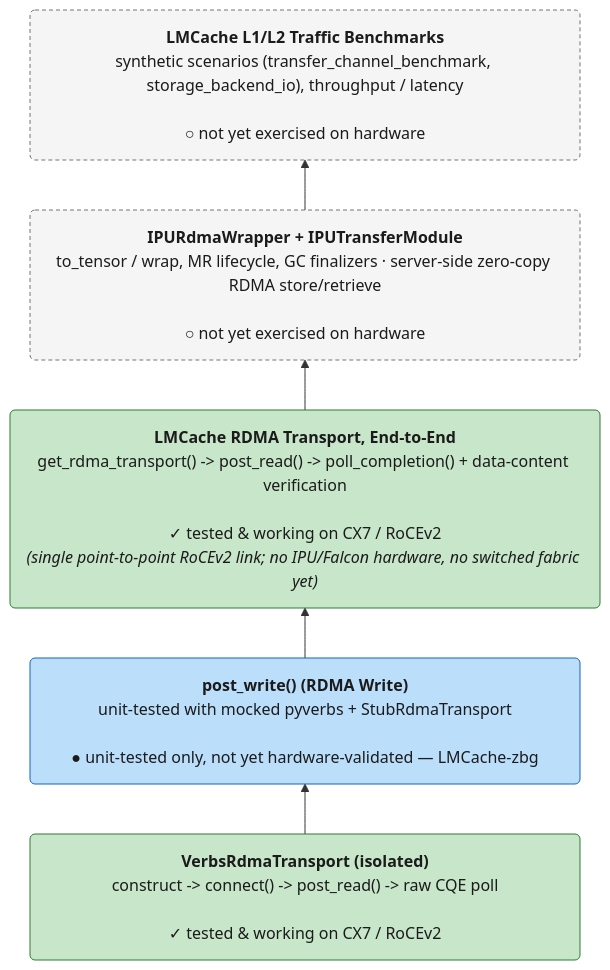
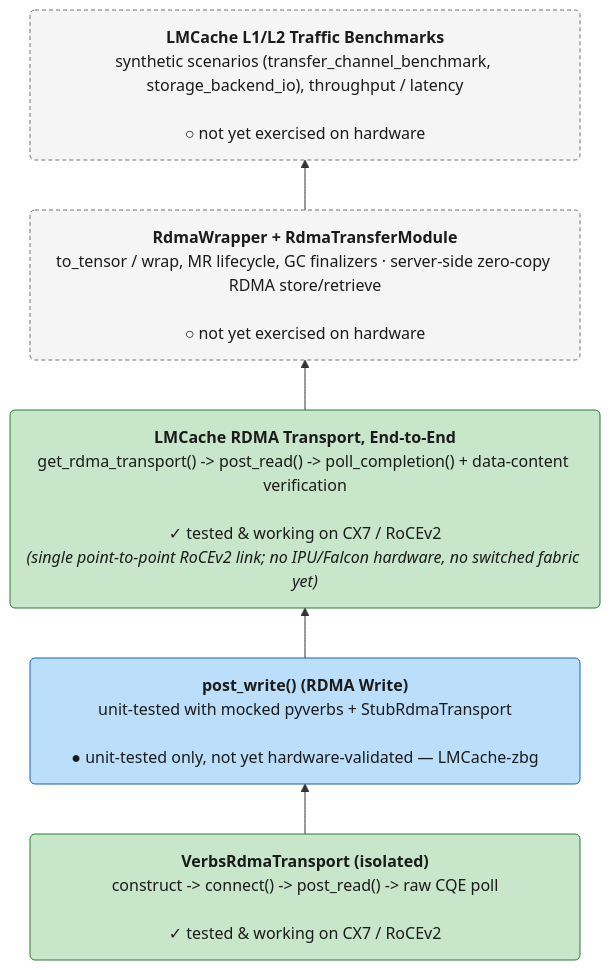
Before and after one commit to tsg-/LMCache: the diagram in docs/design/v1/platform/rdma-validation-stack-right.mmd, drawn with Mermaid. The commit also changed 25 other files, not shown here.

```diff
--- a/docs/design/v1/platform/rdma-validation-stack-right.mmd
+++ b/docs/design/v1/platform/rdma-validation-stack-right.mmd
@@ -1,16 +1,16 @@
 graph BT
     L2("<div style='width:520px'><b>VerbsRdmaTransport (isolated)</b><br/>construct -&gt; connect() -&gt; post_read() -&gt; raw CQE poll<br/><br/>✓ tested &amp; working on CX7 / RoCEv2</div>")
     L2b("<div style='width:520px'><b>post_write() (RDMA Write)</b><br/>unit-tested with mocked pyverbs + StubRdmaTransport<br/><br/>● unit-tested only, not yet hardware-validated &mdash; LMCache-zbg</div>")
     L3("<div style='width:560px'><b>LMCache RDMA Transport, End-to-End</b><br/>get_rdma_transport() -&gt; post_read() -&gt; poll_completion() + data-content verification<br/><br/>✓ tested &amp; working on CX7 / RoCEv2<br/><i>(single point-to-point RoCEv2 link; no IPU/Falcon hardware, no switched fabric yet)</i></div>")
-    L3b("<div style='width:520px'><b>IPURdmaWrapper + IPUTransferModule</b><br/>to_tensor / wrap, MR lifecycle, GC finalizers &middot; server-side zero-copy RDMA store/retrieve<br/><br/>○ not yet exercised on hardware</div>")
+    L3b("<div style='width:520px'><b>RdmaWrapper + RdmaTransferModule</b><br/>to_tensor / wrap, MR lifecycle, GC finalizers &middot; server-side zero-copy RDMA store/retrieve<br/><br/>○ not yet exercised on hardware</div>")
     L4("<div style='width:520px'><b>LMCache L1/L2 Traffic Benchmarks</b><br/>synthetic scenarios (transfer_channel_benchmark, storage_backend_io), throughput / latency<br/><br/>○ not yet exercised on hardware</div>")
 
     L2 --> L2b --> L3 --> L3b --> L4
 
     classDef tested fill:#c8e6c9,stroke:#2e7d32,stroke-width:1px,color:#1b1b1b
     classDef unittested fill:#bbdefb,stroke:#1565c0,stroke-width:1px,color:#1b1b1b
     classDef pending fill:#f5f5f5,stroke:#757575,stroke-width:1px,stroke-dasharray:4 3,color:#1b1b1b
 
     class L2,L3 tested
     class L2b unittested
     class L3b,L4 pending
```
